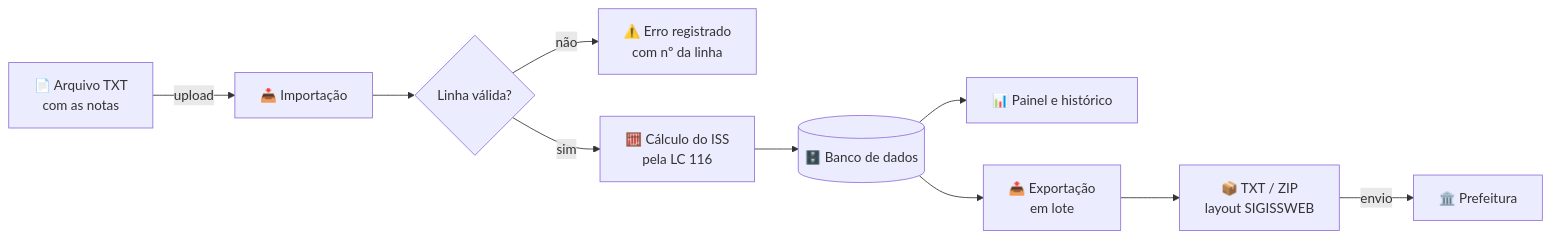
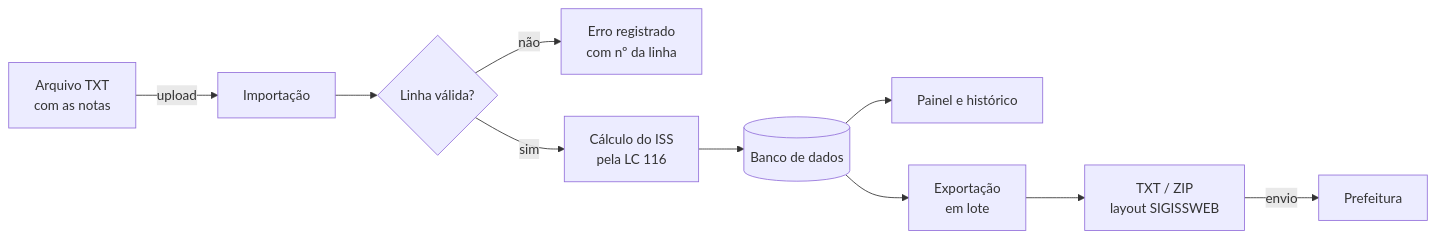
One commit to vinicius-31008/ISS_front changed the first of 2 diagrams in README.md. Above: the diagram before and after it, drawn with Mermaid. The commit also changed other lines of this file, not shown here.

````diff
--- a/README.md
+++ b/README.md
@@ -87,12 +87,12 @@
 ```mermaid
 flowchart LR
-    A[📄 Arquivo TXT<br/>com as notas] -->|upload| B[📥 Importação]
+    A[ Arquivo TXT<br/>com as notas] -->|upload| B[ Importação]
     B --> C{Linha válida?}
-    C -->|não| D[⚠️ Erro registrado<br/>com nº da linha]
-    C -->|sim| E[🧮 Cálculo do ISS<br/>pela LC 116]
-    E --> F[(🗄️ Banco de dados)]
-    F --> G[📊 Painel e histórico]
-    F --> H[📤 Exportação<br/>em lote]
-    H --> I[📦 TXT / ZIP<br/>layout SIGISSWEB]
-    I -->|envio| J[🏛️ Prefeitura]
+    C -->|não| D[ Erro registrado<br/>com nº da linha]
+    C -->|sim| E[ Cálculo do ISS<br/>pela LC 116]
+    E --> F[( Banco de dados)]
+    F --> G[ Painel e histórico]
+    F --> H[ Exportação<br/>em lote]
+    H --> I[ TXT / ZIP<br/>layout SIGISSWEB]
+    I -->|envio| J[ Prefeitura]
 ```
````
